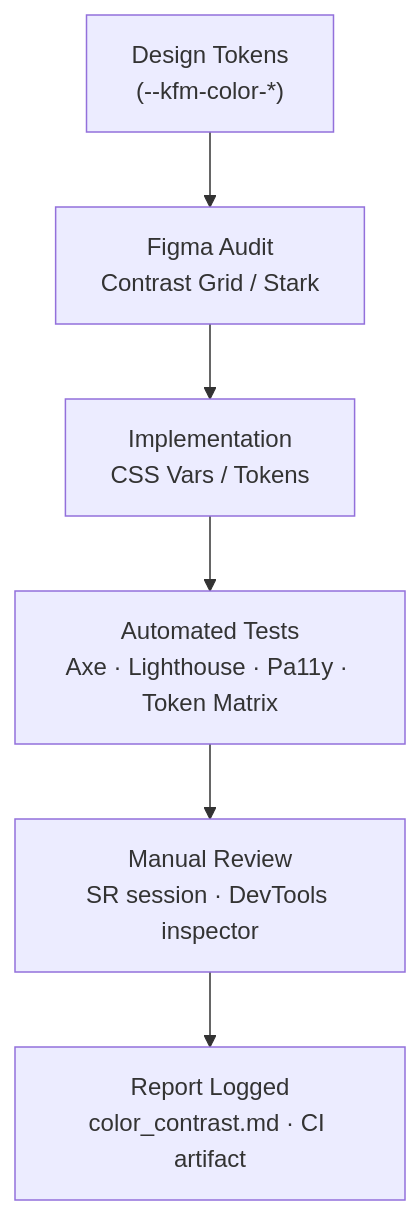
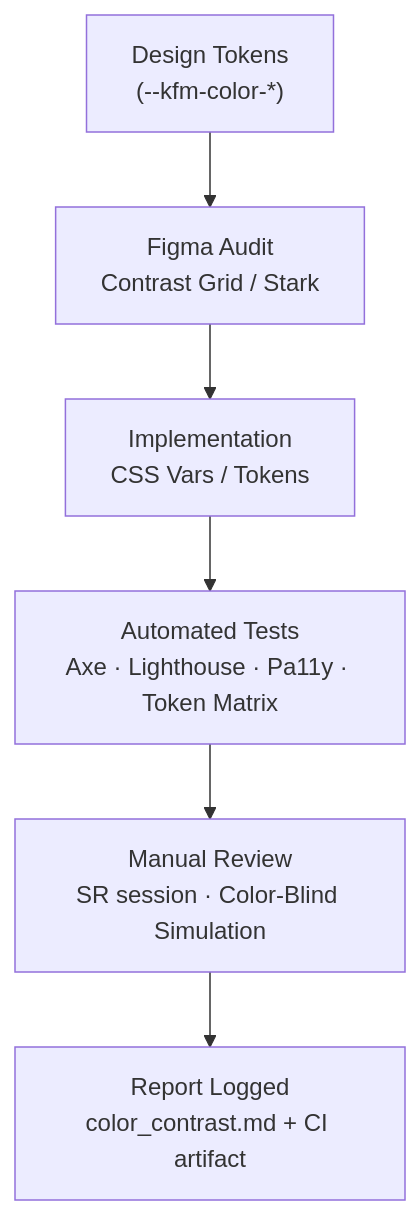
Before and after one commit to bartytime4life/Kansas-Frontier-Matrix: the diagram in docs/design/reviews/accessibility/color_contrast.md, drawn with Mermaid. The commit also changed other lines of this file, not shown here.

````diff
--- a/docs/design/reviews/accessibility/color_contrast.md
+++ b/docs/design/reviews/accessibility/color_contrast.md
@@ -186,8 +195,8 @@
 ```mermaid
 flowchart TD
   A["Design Tokens\n(--kfm-color-*)"] --> B["Figma Audit\nContrast Grid / Stark"]
   B --> C["Implementation\nCSS Vars / Tokens"]
   C --> D["Automated Tests\nAxe · Lighthouse · Pa11y · Token Matrix"]
-  D --> E["Manual Review\nSR session · DevTools inspector"]
-  E --> F["Report Logged\ncolor_contrast.md · CI artifact"]
+  D --> E["Manual Review\nSR session · Color-Blind Simulation"]
+  E --> F["Report Logged\ncolor_contrast.md + CI artifact"]
 ```
````
